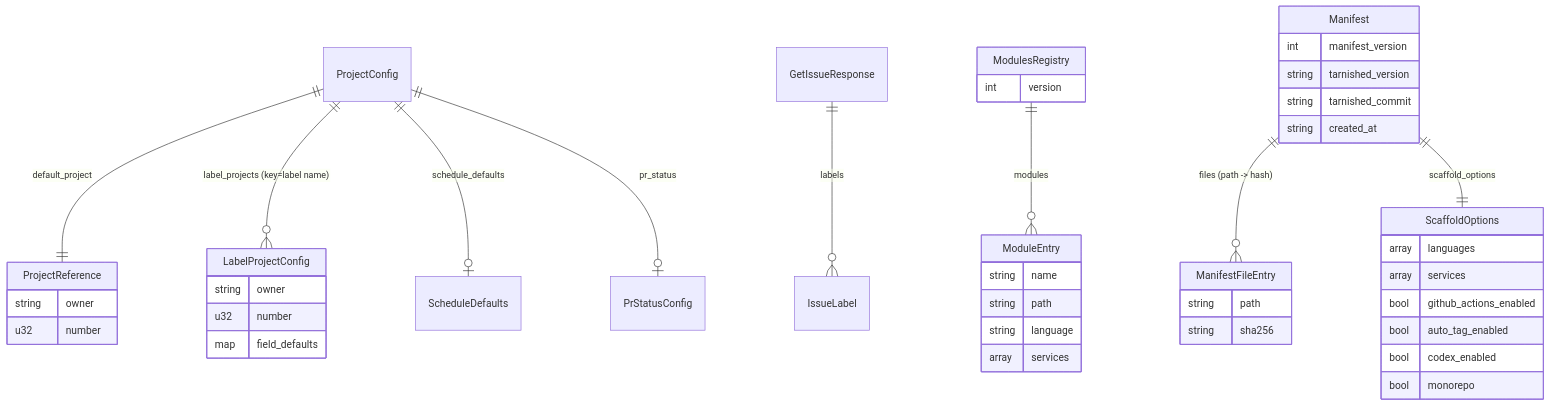
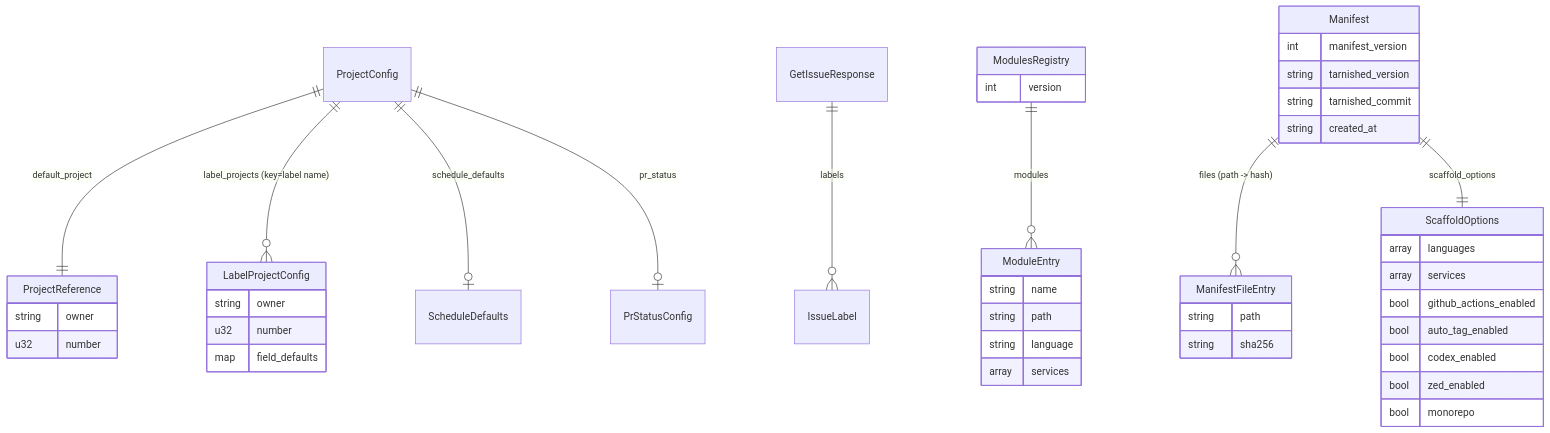
The diagram in docs/design/shared/data-model.md (TE-ToshiakiTanaka2/tarnished), drawn with Mermaid before and after one commit. The commit also changed other lines of this file and 51 other files, not shown here.

````diff
--- a/docs/design/shared/data-model.md
+++ b/docs/design/shared/data-model.md
@@ -154,47 +155,48 @@
 ```mermaid
 erDiagram
     ProjectConfig ||--|| ProjectReference : "default_project"
     ProjectConfig ||--o{ LabelProjectConfig : "label_projects (key=label name)"
     ProjectConfig ||--o| ScheduleDefaults : "schedule_defaults"
     ProjectConfig ||--o| PrStatusConfig : "pr_status"
     GetIssueResponse ||--o{ IssueLabel : "labels"
     LabelProjectConfig {
         string owner
         u32 number
         map field_defaults
     }
     ProjectReference {
         string owner
         u32 number
     }
     ModulesRegistry ||--o{ ModuleEntry : "modules"
     ModulesRegistry {
         int version
     }
     ModuleEntry {
         string name
         string path
         string language
         array services
     }
     Manifest ||--o{ ManifestFileEntry : "files (path -> hash)"
     Manifest ||--|| ScaffoldOptions : "scaffold_options"
     Manifest {
         int manifest_version
         string tarnished_version
         string tarnished_commit
         string created_at
     }
     ScaffoldOptions {
         array languages
         array services
         bool github_actions_enabled
         bool auto_tag_enabled
         bool codex_enabled
+        bool zed_enabled
         bool monorepo
     }
     ManifestFileEntry {
         string path
         string sha256
     }
 ```
````
